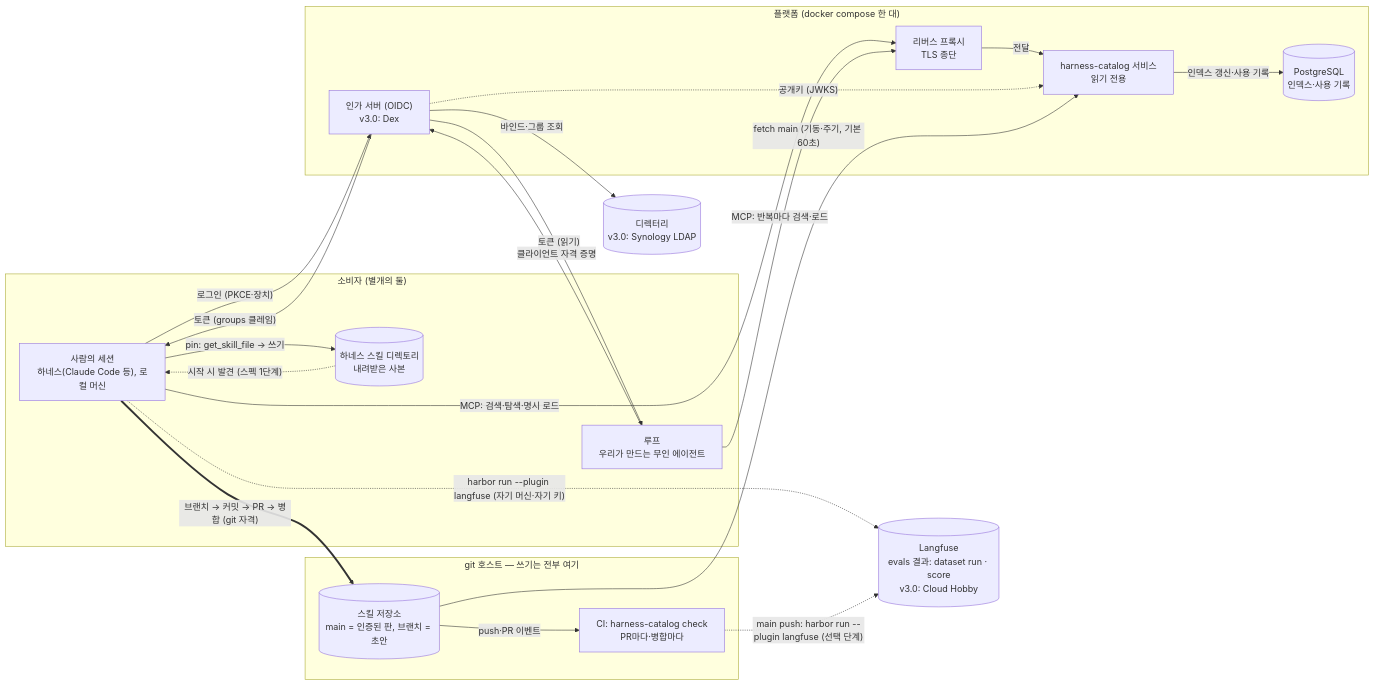
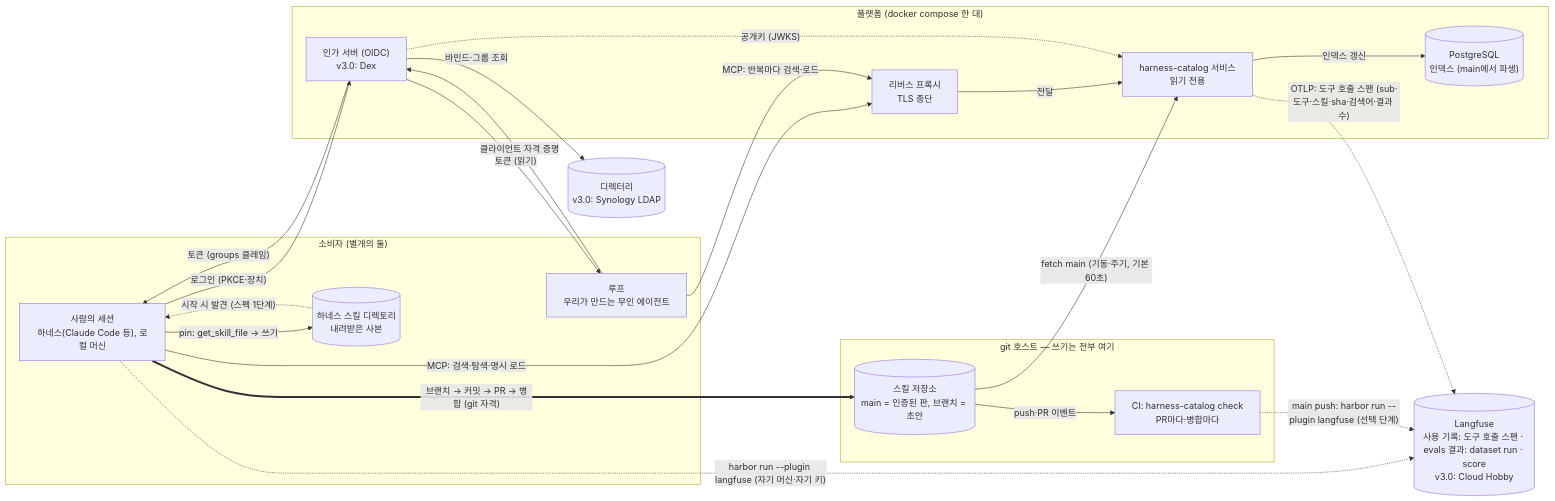
The first of 4 diagrams in DESIGN.md (alteralab/harness-catalog), drawn with Mermaid before and after one commit. The commit also changed other lines of this file and 5 other files, not shown here.

````diff
--- a/DESIGN.md
+++ b/DESIGN.md
@@ -43,37 +43,38 @@
 ```mermaid
 flowchart LR
     subgraph EDGE["소비자 (별개의 둘)"]
         HUMAN["사람의 세션<br/>하네스(Claude Code 등), 로컬 머신"]
         LOOP["루프<br/>우리가 만드는 무인 에이전트"]
         LOCAL[("하네스 스킬 디렉토리<br/>내려받은 사본")]
     end
     DIR[("디렉터리<br/>v3.0: Synology LDAP")]
     subgraph PLATFORM["플랫폼 (docker compose 한 대)"]
         PROXY["리버스 프록시<br/>TLS 종단"]
         AUTHS["인가 서버 (OIDC)<br/>v3.0: Dex"]
         REG["harness-catalog 서비스<br/>읽기 전용"]
-        PG[("PostgreSQL<br/>인덱스·사용 기록")]
+        PG[("PostgreSQL<br/>인덱스 (main에서 파생)")]
     end
-    LF[("Langfuse<br/>evals 결과: dataset run · score<br/>v3.0: Cloud Hobby")]
+    LF[("Langfuse<br/>사용 기록: 도구 호출 스팬 · evals 결과: dataset run · score<br/>v3.0: Cloud Hobby")]
     subgraph GIT["git 호스트 — 쓰기는 전부 여기"]
         REPO[("스킬 저장소<br/>main = 인증된 판, 브랜치 = 초안")]
         CI["CI: harness-catalog check<br/>PR마다·병합마다"]
     end
     HUMAN -- "로그인 (PKCE·장치)" --> AUTHS
     LOOP -- "클라이언트 자격 증명" --> AUTHS
     AUTHS -- "바인드·그룹 조회" --> DIR
     AUTHS -- "토큰 (groups 클레임)" --> HUMAN
     AUTHS -- "토큰 (읽기)" --> LOOP
     HUMAN -- "MCP: 검색·탐색·명시 로드" --> PROXY
     LOOP -- "MCP: 반복마다 검색·로드" --> PROXY
     PROXY -- "전달" --> REG
     AUTHS -. "공개키 (JWKS)" .-> REG
-    REG -- "인덱스 갱신·사용 기록" --> PG
+    REG -- "인덱스 갱신" --> PG
+    REG -. "OTLP: 도구 호출 스팬 (sub·도구·스킬·sha·검색어·결과 수)" .-> LF
     REPO -- "fetch main (기동·주기, 기본 60초)" --> REG
     REPO -- "push·PR 이벤트" --> CI
     HUMAN -- "pin: get_skill_file → 쓰기" --> LOCAL
     LOCAL -. "시작 시 발견 (스펙 1단계)" .-> HUMAN
     HUMAN == "브랜치 → 커밋 → PR → 병합 (git 자격)" ==> REPO
     HUMAN -. "harbor run --plugin langfuse (자기 머신·자기 키)" .-> LF
     CI -. "main push: harbor run --plugin langfuse (선택 단계)" .-> LF
 ```
````
